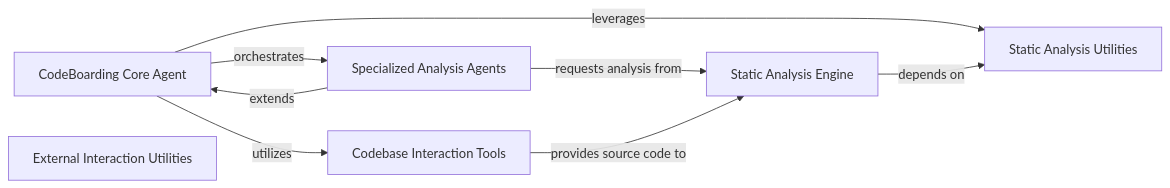
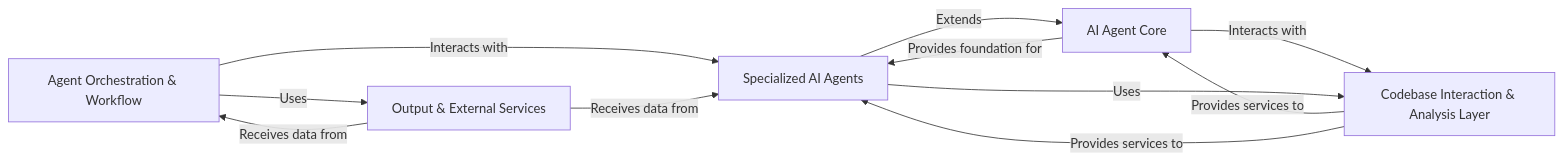
The diagram in .codeboarding/on_boarding.md (mariyam866/CodeBoarding), drawn with Mermaid before and after one commit. The commit also changed other lines of this file and 24 other files, not shown here.

````diff
--- a/.codeboarding/on_boarding.md
+++ b/.codeboarding/on_boarding.md
@@ -1,22 +1,23 @@
 ```mermaid
 graph LR
-    CodeBoarding_Core_Agent["CodeBoarding Core Agent"]
-    Specialized_Analysis_Agents["Specialized Analysis Agents"]
-    Codebase_Interaction_Tools["Codebase Interaction Tools"]
-    Static_Analysis_Engine["Static Analysis Engine"]
-    Static_Analysis_Utilities["Static Analysis Utilities"]
-    External_Interaction_Utilities["External Interaction Utilities"]
-    CodeBoarding_Core_Agent -- "orchestrates" --> Specialized_Analysis_Agents
-    Specialized_Analysis_Agents -- "extends" --> CodeBoarding_Core_Agent
-    CodeBoarding_Core_Agent -- "utilizes" --> Codebase_Interaction_Tools
-    CodeBoarding_Core_Agent -- "leverages" --> Static_Analysis_Utilities
-    Specialized_Analysis_Agents -- "requests analysis from" --> Static_Analysis_Engine
-    Static_Analysis_Engine -- "depends on" --> Static_Analysis_Utilities
-    Codebase_Interaction_Tools -- "provides source code to" --> Static_Analysis_Engine
-    click CodeBoarding_Core_Agent href "https://github.com/CodeBoarding/CodeBoarding/blob/main/.codeboarding//CodeBoarding/CodeBoarding Core Agent.md" "Details"
-    click Specialized_Analysis_Agents href "https://github.com/CodeBoarding/CodeBoarding/blob/main/.codeboarding//CodeBoarding/Specialized Analysis Agents.md" "Details"
-    click Codebase_Interaction_Tools href "https://github.com/CodeBoarding/CodeBoarding/blob/main/.codeboarding//CodeBoarding/Codebase Interaction Tools.md" "Details"
-    click Static_Analysis_Engine href "https://github.com/CodeBoarding/CodeBoarding/blob/main/.codeboarding//CodeBoarding/Static Analysis Engine.md" "Details"
-    click Static_Analysis_Utilities href "https://github.com/CodeBoarding/CodeBoarding/blob/main/.codeboarding//CodeBoarding/Static Analysis Utilities.md" "Details"
-    click External_Interaction_Utilities href "https://github.com/CodeBoarding/CodeBoarding/blob/main/.codeboarding//CodeBoarding/External Interaction Utilities.md" "Details"
+    Agent_Orchestration_Workflow["Agent Orchestration & Workflow"]
+    AI_Agent_Core["AI Agent Core"]
+    Specialized_AI_Agents["Specialized AI Agents"]
+    Codebase_Interaction_Analysis_Layer["Codebase Interaction & Analysis Layer"]
+    Output_External_Services["Output & External Services"]
+    Agent_Orchestration_Workflow -- "Interacts with" --> Specialized_AI_Agents
+    Agent_Orchestration_Workflow -- "Uses" --> Output_External_Services
+    AI_Agent_Core -- "Provides foundation for" --> Specialized_AI_Agents
+    AI_Agent_Core -- "Interacts with" --> Codebase_Interaction_Analysis_Layer
+    Specialized_AI_Agents -- "Extends" --> AI_Agent_Core
+    Specialized_AI_Agents -- "Uses" --> Codebase_Interaction_Analysis_Layer
+    Codebase_Interaction_Analysis_Layer -- "Provides services to" --> AI_Agent_Core
+    Codebase_Interaction_Analysis_Layer -- "Provides services to" --> Specialized_AI_Agents
+    Output_External_Services -- "Receives data from" --> Agent_Orchestration_Workflow
+    Output_External_Services -- "Receives data from" --> Specialized_AI_Agents
+    click Agent_Orchestration_Workflow href "https://github.com/CodeBoarding/CodeBoarding/blob/main/.codeboarding/Agent_Orchestration_Workflow.md" "Details"
+    click AI_Agent_Core href "https://github.com/CodeBoarding/CodeBoarding/blob/main/.codeboarding/AI_Agent_Core.md" "Details"
+    click Specialized_AI_Agents href "https://github.com/CodeBoarding/CodeBoarding/blob/main/.codeboarding/Specialized_AI_Agents.md" "Details"
+    click Codebase_Interaction_Analysis_Layer href "https://github.com/CodeBoarding/CodeBoarding/blob/main/.codeboarding/Codebase_Interaction_Analysis_Layer.md" "Details"
+    click Output_External_Services href "https://github.com/CodeBoarding/CodeBoarding/blob/main/.codeboarding/Output_External_Services.md" "Details"
 ```
````
